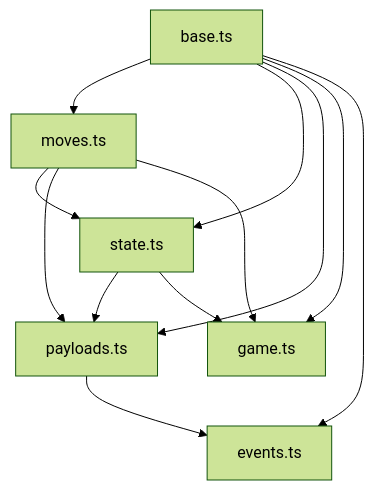
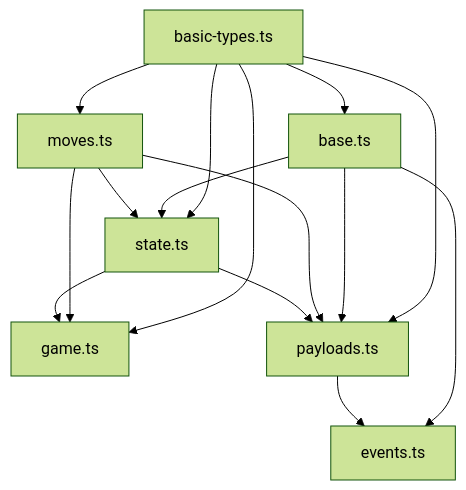
Before and after one commit to vcb88/ctorgame: the first of 9 diagrams in docs/TYPE_DEPENDENCIES.md, drawn with Mermaid (forest theme). The commit also changed other lines of this file, not shown here.

````diff
--- a/docs/TYPE_DEPENDENCIES.md
+++ b/docs/TYPE_DEPENDENCIES.md
@@ -5,21 +5,25 @@
 ```mermaid
 graph TD
+    basics[basic-types.ts]
     base[base.ts]
     moves[moves.ts]
     state[state.ts]
     game[game.ts]
     events[events.ts]
     payloads[payloads.ts]
 
-    base --> moves
+    basics --> base
+    basics --> moves
+    basics --> state
+    basics --> game
+    basics --> payloads
     base --> state
     base --> payloads
+    base --> events
     moves --> state
+    moves --> game
     moves --> payloads
+    state --> game
     state --> payloads
-    base --> game
-    moves --> game
-    state --> game
-    base --> events
     payloads --> events
 ```
````
